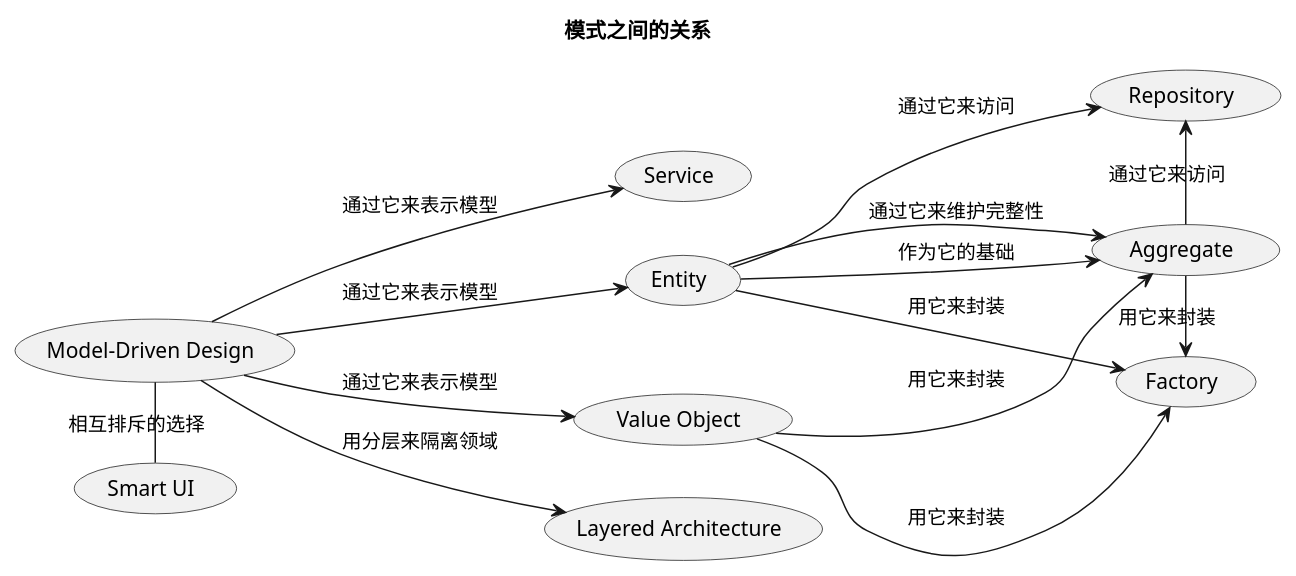
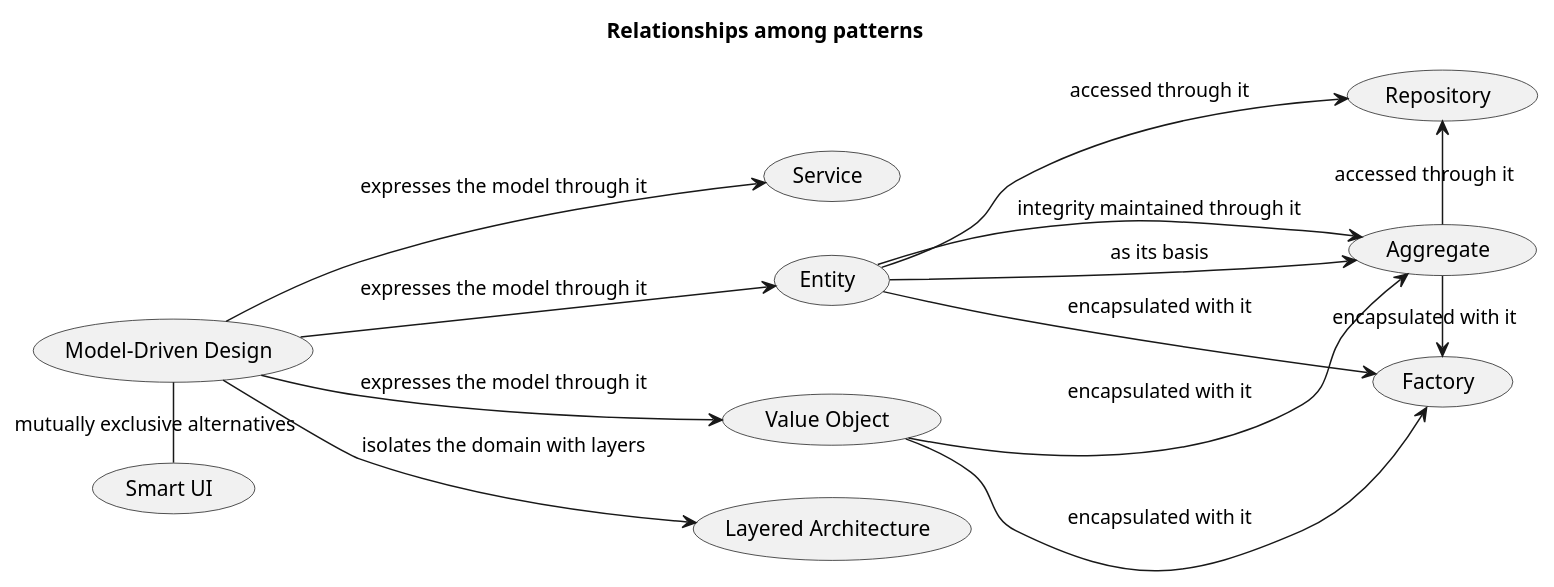
One commit to lindezhong/nvim-config changed the first of 19 diagrams in snippets/ddd.md. Above: the diagram before and after it, drawn with PlantUML. The commit also changed other lines of this file and 17 other files, not shown here.

````diff
--- a/snippets/ddd.md
+++ b/snippets/ddd.md
@@ -37,38 +83,38 @@
 ```plantuml
 @startuml
 allowmixing
 left to right direction
-title 模式之间的关系
+title Relationships among patterns
 
 usecase "Model-Driven Design" as mdd
 usecase "Smart UI" as sui
 usecase Service
 usecase Entity
 usecase "Value Object" as vo
 usecase "Layered Architecture" as la
 usecase Repository
-usecase Aggregate 
-usecase Factory 
+usecase Aggregate
+usecase Factory
 
 
-mdd -right- sui : 相互排斥的选择
-mdd --> Service : 通过它来表示模型
-mdd --> Entity : 通过它来表示模型
-mdd --> vo : 通过它来表示模型
-mdd --> la : 用分层来隔离领域
-Entity --> Repository : 通过它来访问
-Entity --> Aggregate : 作为它的基础
-Entity --> Aggregate : 通过它来维护完整性
-Entity --> Factory : 用它来封装
-vo --> Aggregate : 用它来封装
-vo --> Factory : 用它来封装
-Aggregate -left-> Repository : 通过它来访问
-Aggregate -right-> Factory : 用它来封装 
+mdd -right- sui : mutually exclusive alternatives
+mdd --> Service : expresses the model through it
+mdd --> Entity : expresses the model through it
+mdd --> vo : expresses the model through it
+mdd --> la : isolates the domain with layers
+Entity --> Repository : accessed through it
+Entity --> Aggregate : as its basis
+Entity --> Aggregate : integrity maintained through it
+Entity --> Factory : encapsulated with it
+vo --> Aggregate : encapsulated with it
+vo --> Factory : encapsulated with it
+Aggregate -left-> Repository : accessed through it
+Aggregate -right-> Factory : encapsulated with it
 
-' 样式控制
+' style
 Entity --[hidden]left- Service
 
 
 
 @enduml
 ```
````
